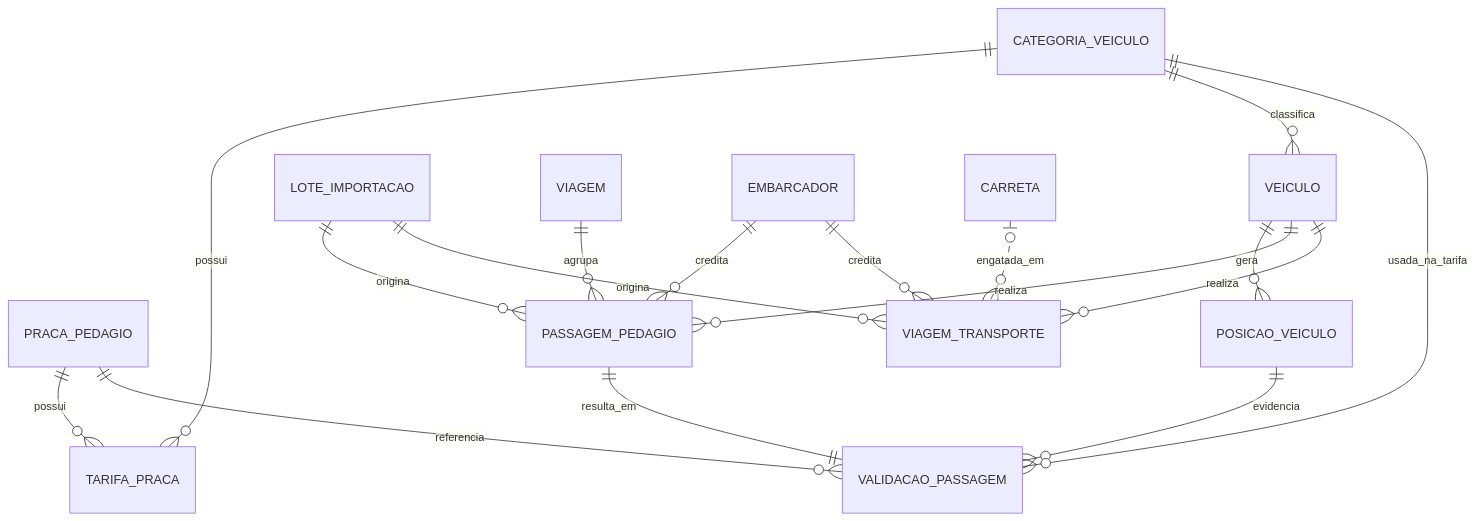
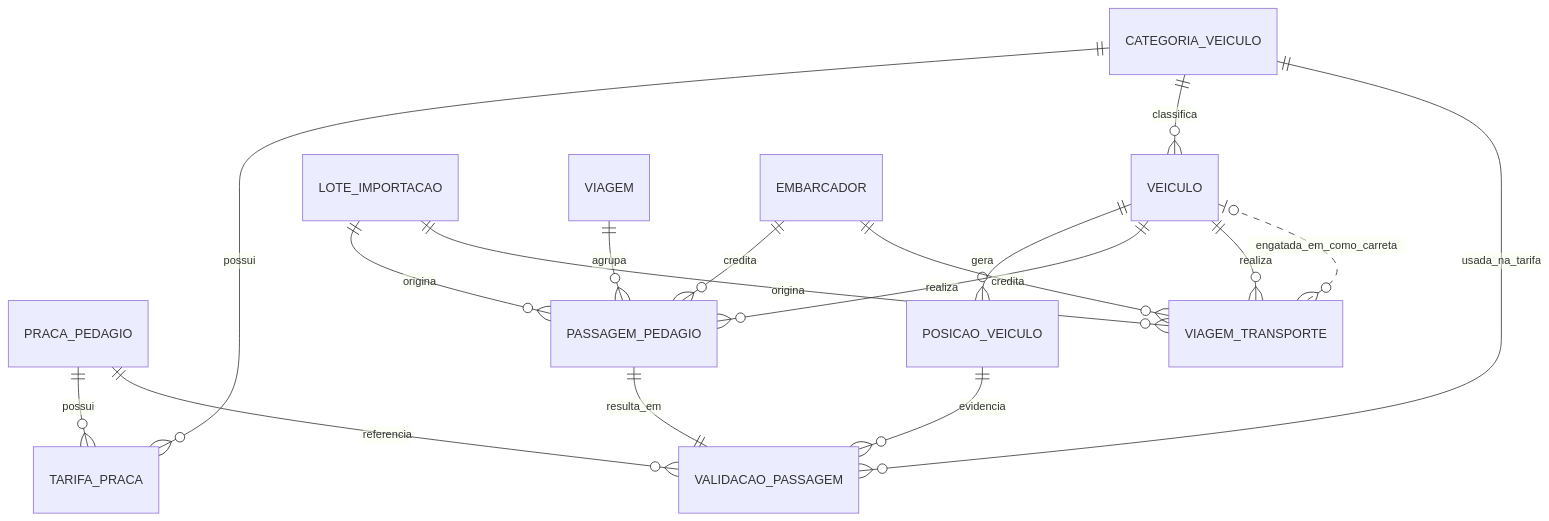
One commit to AleNunesJesus/Pedagio changed the diagram in docs/modelo-dados.md. Above: the diagram before and after it, drawn with Mermaid. The commit also changed other lines of this file and 39 other files, not shown here.

First line of the commit message:
feat: FASE 16 (eixos e cadastro único veiculo/carreta) + ajustes de edição/exclusão e modo escuro

````diff
--- a/docs/modelo-dados.md
+++ b/docs/modelo-dados.md
@@ -27,19 +27,19 @@
 ```mermaid
 erDiagram
     PRACA_PEDAGIO ||--o{ TARIFA_PRACA : possui
     PRACA_PEDAGIO ||--o{ VALIDACAO_PASSAGEM : referencia
     CATEGORIA_VEICULO ||--o{ TARIFA_PRACA : possui
     CATEGORIA_VEICULO ||--o{ VEICULO : classifica
     VEICULO ||--o{ POSICAO_VEICULO : gera
     VEICULO ||--o{ PASSAGEM_PEDAGIO : realiza
     LOTE_IMPORTACAO ||--o{ PASSAGEM_PEDAGIO : origina
     PASSAGEM_PEDAGIO ||--|| VALIDACAO_PASSAGEM : resulta_em
     POSICAO_VEICULO ||--o{ VALIDACAO_PASSAGEM : evidencia
     VIAGEM ||--o{ PASSAGEM_PEDAGIO : agrupa
     EMBARCADOR ||--o{ PASSAGEM_PEDAGIO : credita
     VEICULO ||--o{ VIAGEM_TRANSPORTE : realiza
     EMBARCADOR ||--o{ VIAGEM_TRANSPORTE : credita
     LOTE_IMPORTACAO ||--o{ VIAGEM_TRANSPORTE : origina
-    CARRETA |o..o{ VIAGEM_TRANSPORTE : engatada_em
+    VEICULO |o..o{ VIAGEM_TRANSPORTE : engatada_em_como_carreta
     CATEGORIA_VEICULO ||--o{ VALIDACAO_PASSAGEM : usada_na_tarifa
 ```
````
